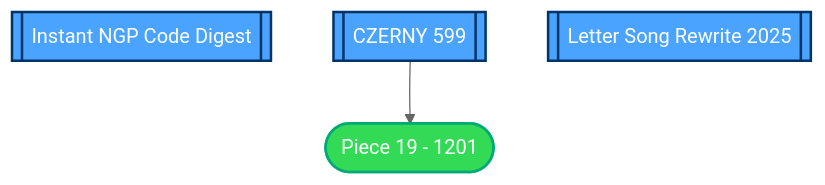
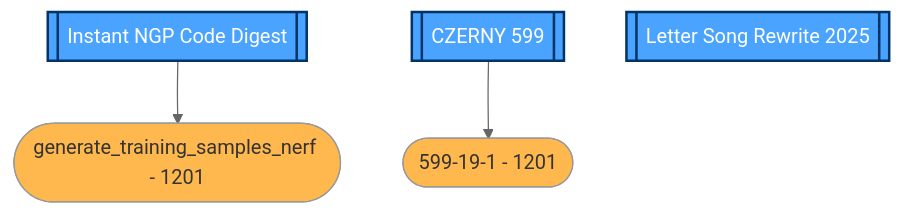
The diagram in src/content/posts/2512-diary.md (Xayah-Hina/Xayah-Hina.github.io), drawn with Mermaid (neutral theme) before and after one commit. The commit also changed other lines of this file and 1 other file, not shown here.

````diff
--- a/src/content/posts/2512-diary.md
+++ b/src/content/posts/2512-diary.md
@@ -63,18 +63,19 @@
 ```mermaid
 flowchart TD
 
     A[["Instant NGP Code Digest"]]:::root
     B[["CZERNY 599"]]:::root
     C[["Letter Song Rewrite 2025"]]:::root
     
-    B --> B1(["Piece 19 - 1201"]):::finish
+    B --> B1(["599-19-1 - 1201"]):::mid
+    A --> A1(["generate_training_samples_nerf - 1201"]):::mid
 
     classDef root fill:#4aa3ff,color:#fff,stroke:#036,stroke-width:2px;
     classDef fail fill:#ff6b6b,color:#fff;
     classDef mid fill:#ffb84d,color:#333;
     classDef try fill:#ffd86b,color:#333;
     classDef success fill:#6bff95,color:#083;
     classDef stop fill:#999,color:#fff;
     classDef finish fill:#32da55,color:#fff,stroke:#0a7,stroke-width:2px;
     classDef note fill:#ffe66b,color:#222;
 ```
````
